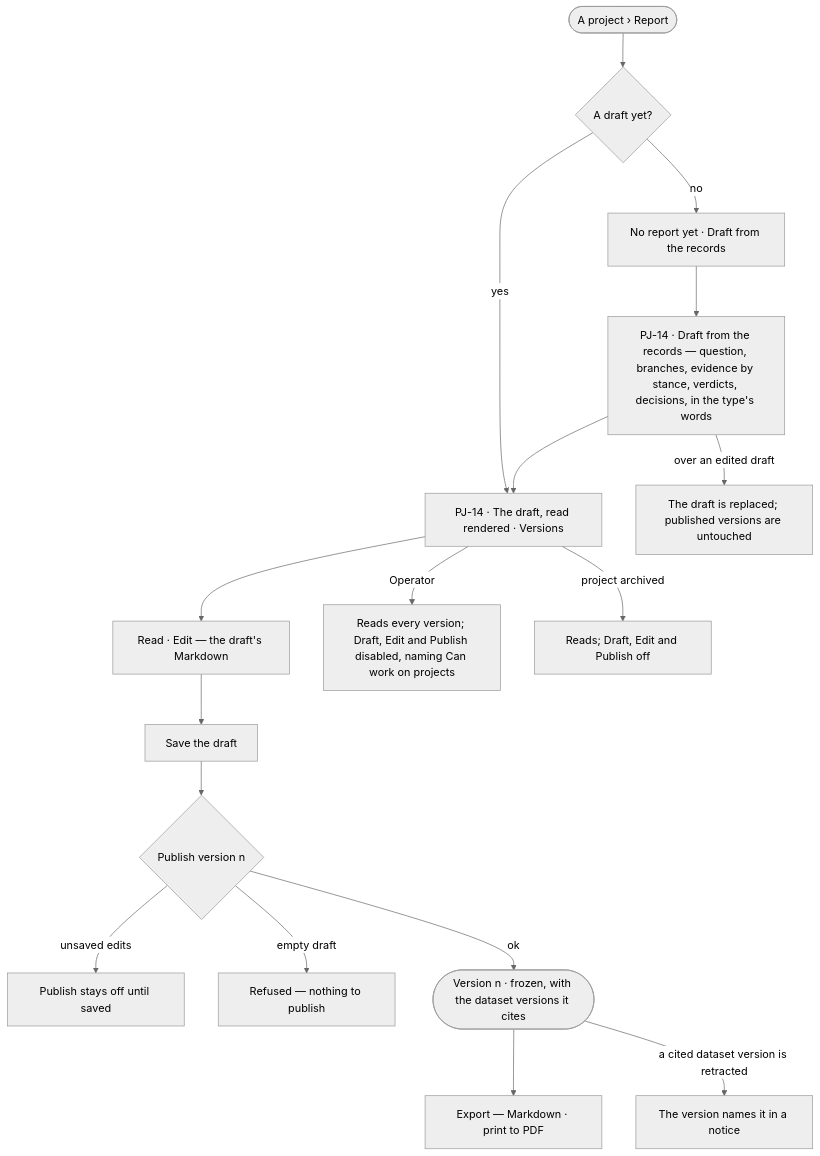
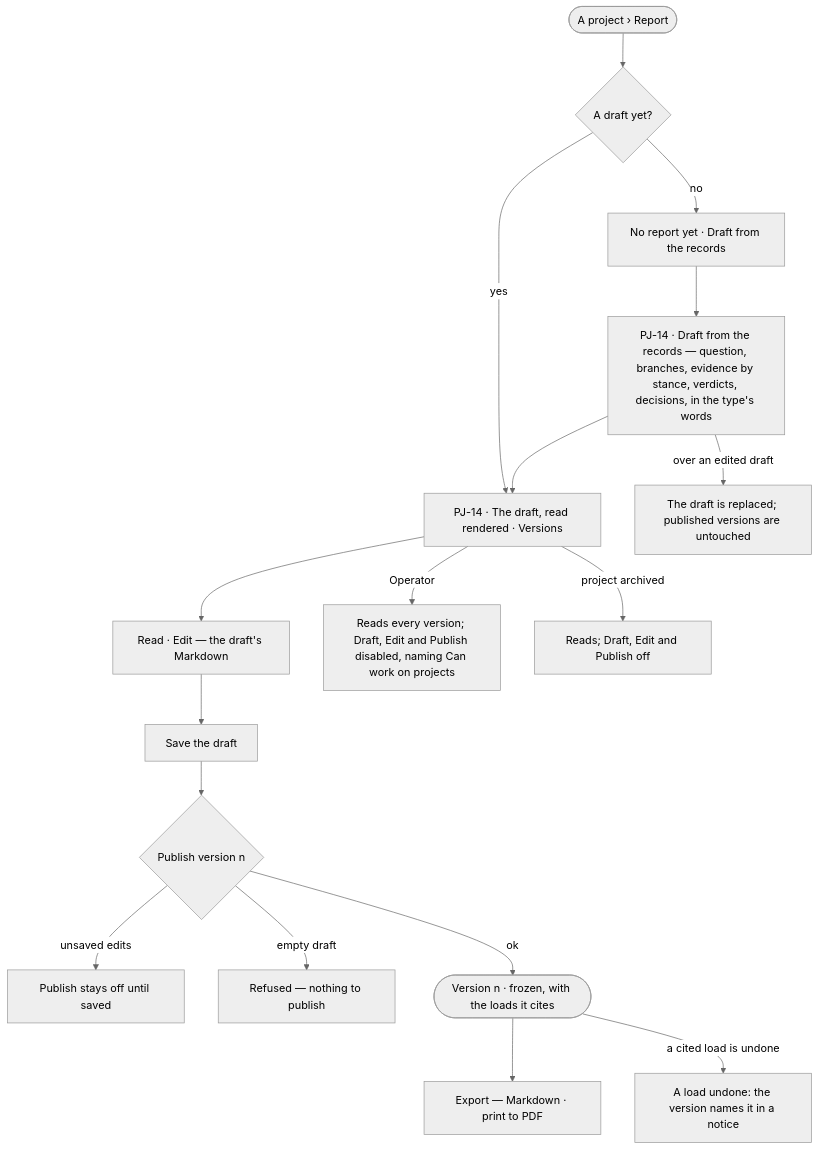
The diagram in specs/capabilities/projects/features/PJ-F05-project-reports/feature.md (invana/invana), drawn with Mermaid (neutral theme) before and after one commit. The commit also changed other lines of this file and 637 other files, not shown here.

````diff
--- a/specs/capabilities/projects/features/PJ-F05-project-reports/feature.md
+++ b/specs/capabilities/projects/features/PJ-F05-project-reports/feature.md
@@ -23,19 +24,19 @@
 ```mermaid
 flowchart TD
   s([A project › Report]) --> any{"A draft yet?"}
   any -->|no| empty["No report yet · Draft from the records"]
   any -->|yes| read["PJ-14 · The draft, read rendered · Versions"]
   empty --> gen["PJ-14 · Draft from the records — question, branches, evidence by stance, verdicts, decisions, in the type's words"]
   gen -->|over an edited draft| warn["The draft is replaced; published versions are untouched"]
   gen --> read
   read --> edit["Read · Edit — the draft's Markdown"]
   edit --> save["Save the draft"]
   save --> pub{"Publish version n"}
   pub -->|unsaved edits| off["Publish stays off until saved"]
   pub -->|empty draft| ref["Refused — nothing to publish"]
-  pub -->|ok| ver(["Version n · frozen, with the dataset versions it cites"])
+  pub -->|ok| ver(["Version n · frozen, with the loads it cites"])
   ver --> exp["Export — Markdown · print to PDF"]
-  ver -->|a cited dataset version is retracted| notice["The version names it in a notice"]
+  ver -->|a cited load is undone| notice["A load undone: the version names it in a notice"]
   read -->|Operator| ro["Reads every version; Draft, Edit and Publish disabled, naming Can work on projects"]
   read -->|project archived| arch["Reads; Draft, Edit and Publish off"]
 ```
````
